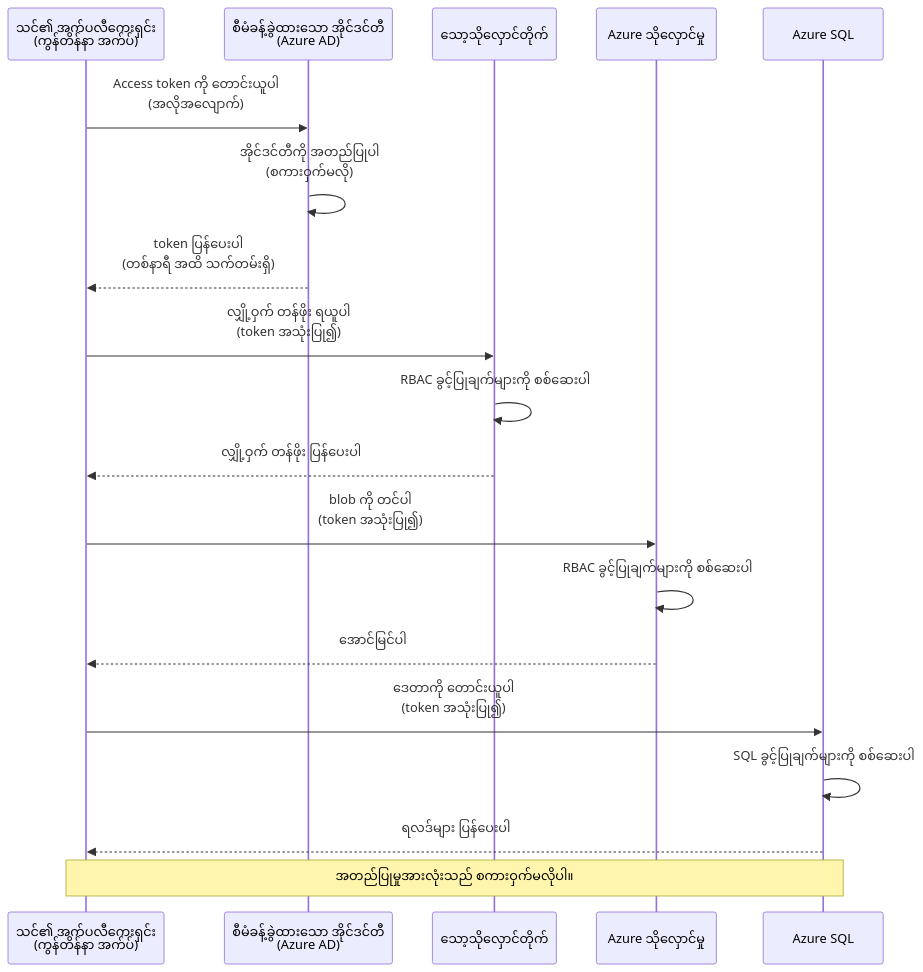
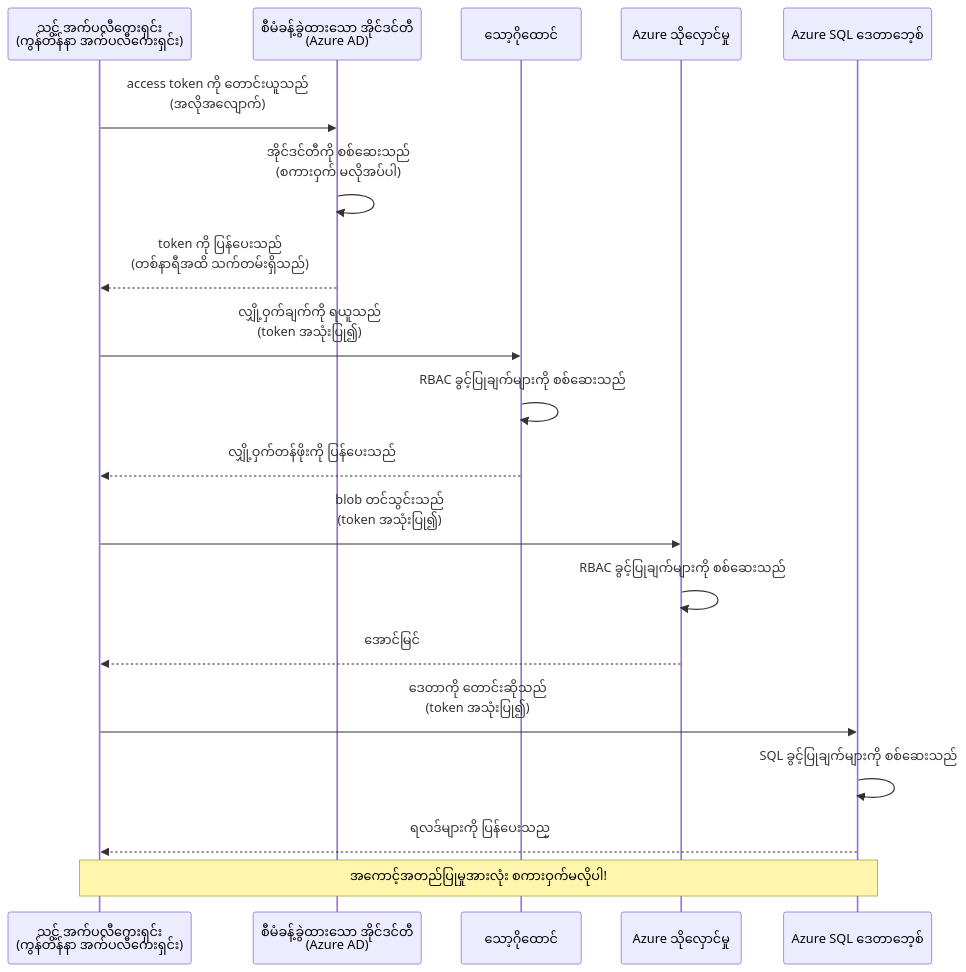
One commit to microsoft/AZD-for-beginners changed the first of 2 diagrams in translations/my/docs/chapter-03-configuration/authsecurity.md. Above: the diagram before and after it, drawn with Mermaid. The commit also changed other lines of this file and 101 other files, not shown here.

````diff
--- a/translations/my/docs/chapter-03-configuration/authsecurity.md
+++ b/translations/my/docs/chapter-03-configuration/authsecurity.md
@@ -69,26 +69,26 @@
 ```mermaid
 sequenceDiagram
-    participant App as သင်၏ အက်ပလီကေးရှင်း<br/>(ကွန်တိန်နာ အက်ပ်)
+    participant App as သင့် အက်ပလီကေးရှင်း<br/>(ကွန်တိန်နာ အက်ပလီကေးရှင်း)
     participant MI as စီမံခန့်ခွဲထားသော အိုင်ဒင်တီ<br/>(Azure AD)
-    participant KV as သော့သိုလှောင်တိုက်
+    participant KV as သော့ဂိုထောင်
     participant Storage as Azure သိုလှောင်မှု
-    participant DB as Azure SQL
+    participant DB as Azure SQL ဒေတာဘေ့စ်
     
-    App->>MI: Access token ကို တောင်းယူပါ<br/>(အလိုအလျောက်)
-    MI->>MI: အိုင်ဒင်တီကို အတည်ပြုပါ<br/>(စကားဝှက်မလို)
-    MI-->>App: token ပြန်ပေးပါ<br/>(တစ်နာရီ အထိ သက်တမ်းရှိ)
+    App->>MI: access token ကို တောင်းယူသည်<br/>(အလိုအလျောက်)
+    MI->>MI: အိုင်ဒင်တီကို စစ်ဆေးသည်<br/>(စကားဝှက် မလိုအပ်ပါ)
+    MI-->>App: token ကို ပြန်ပေးသည်<br/>(တစ်နာရီအထိ သက်တမ်းရှိသည်)
     
-    App->>KV: လျှို့ဝှက် တန်ဖိုး ရယူပါ<br/>(token အသုံးပြု၍)
-    KV->>KV: RBAC ခွင့်ပြုချက်များကို စစ်ဆေးပါ
-    KV-->>App: လျှို့ဝှက် တန်ဖိုး ပြန်ပေးပါ
+    App->>KV: လျှို့ဝှက်ချက်ကို ရယူသည်<br/>(token အသုံးပြု၍)
+    KV->>KV: RBAC ခွင့်ပြုချက်များကို စစ်ဆေးသည်
+    KV-->>App: လျှို့ဝှက်တန်ဖိုးကို ပြန်ပေးသည်
     
-    App->>Storage: blob ကို တင်ပါ<br/>(token အသုံးပြု၍)
-    Storage->>Storage: RBAC ခွင့်ပြုချက်များကို စစ်ဆေးပါ
-    Storage-->>App: အောင်မြင်ပါ
+    App->>Storage: blob တင်သွင်းသည်<br/>(token အသုံးပြု၍)
+    Storage->>Storage: RBAC ခွင့်ပြုချက်များကို စစ်ဆေးသည်
+    Storage-->>App: အောင်မြင်
     
-    App->>DB: ဒေတာကို တောင်းယူပါ<br/>(token အသုံးပြု၍)
-    DB->>DB: SQL ခွင့်ပြုချက်များကို စစ်ဆေးပါ
-    DB-->>App: ရလဒ်များ ပြန်ပေးပါ
+    App->>DB: ဒေတာကို တောင်းဆိုသည်<br/>(token အသုံးပြု၍)
+    DB->>DB: SQL ခွင့်ပြုချက်များကို စစ်ဆေးသည်
+    DB-->>App: ရလဒ်များကို ပြန်ပေးသည္
     
-    Note over App,DB: အတည်ပြုမှုအားလုံးသည် စကားဝှက်မလိုပါ။
+    Note over App,DB: အကောင့်အတည်ပြုမှုအားလုံး စကားဝှက်မလိုပါ!
 ```
````
